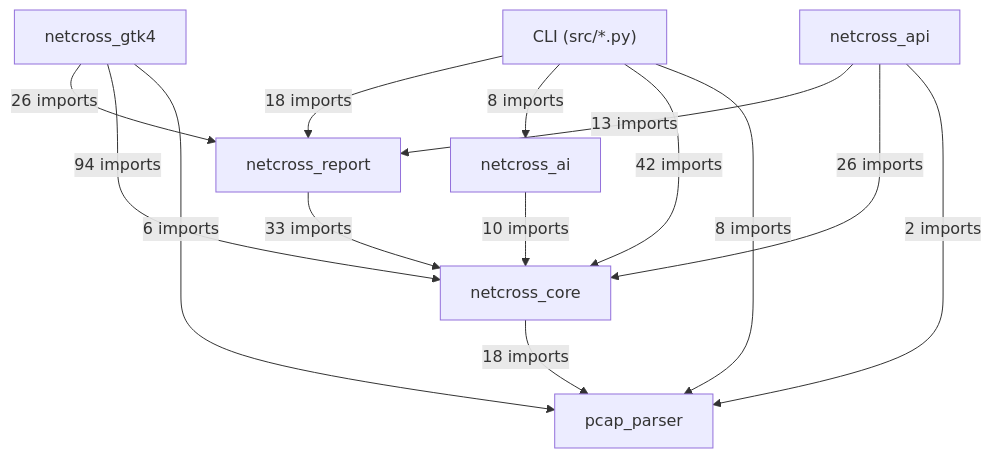
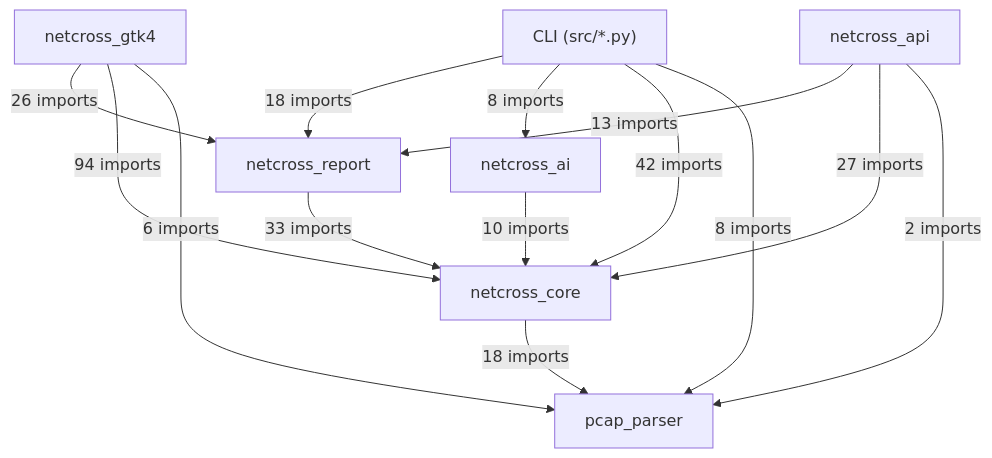
Before and after one commit to Mathide-Team/Netcross: the first of 19 diagrams in docs/class-diagram.md, drawn with Mermaid. The commit also changed 3 other files, not shown here.

First line of the commit message:
fix(#865): l'API applique topn aux graphiques Top-N du PDF (#880)

````diff
--- a/docs/class-diagram.md
+++ b/docs/class-diagram.md
@@ -26,23 +26,23 @@
 ```mermaid
 flowchart TD
     CLI["CLI (src/*.py)"]
     netcross_gtk4["netcross_gtk4"]
     netcross_api["netcross_api"]
     netcross_report["netcross_report"]
     netcross_ai["netcross_ai"]
     netcross_core["netcross_core"]
     pcap_parser["pcap_parser"]
     CLI -->|"18 imports"| netcross_report
     CLI -->|"8 imports"| netcross_ai
     CLI -->|"42 imports"| netcross_core
     CLI -->|"8 imports"| pcap_parser
     netcross_gtk4 -->|"26 imports"| netcross_report
     netcross_gtk4 -->|"94 imports"| netcross_core
     netcross_gtk4 -->|"6 imports"| pcap_parser
     netcross_api -->|"13 imports"| netcross_report
-    netcross_api -->|"26 imports"| netcross_core
+    netcross_api -->|"27 imports"| netcross_core
     netcross_api -->|"2 imports"| pcap_parser
     netcross_report -->|"33 imports"| netcross_core
     netcross_ai -->|"10 imports"| netcross_core
     netcross_core -->|"18 imports"| pcap_parser
 ```
````
